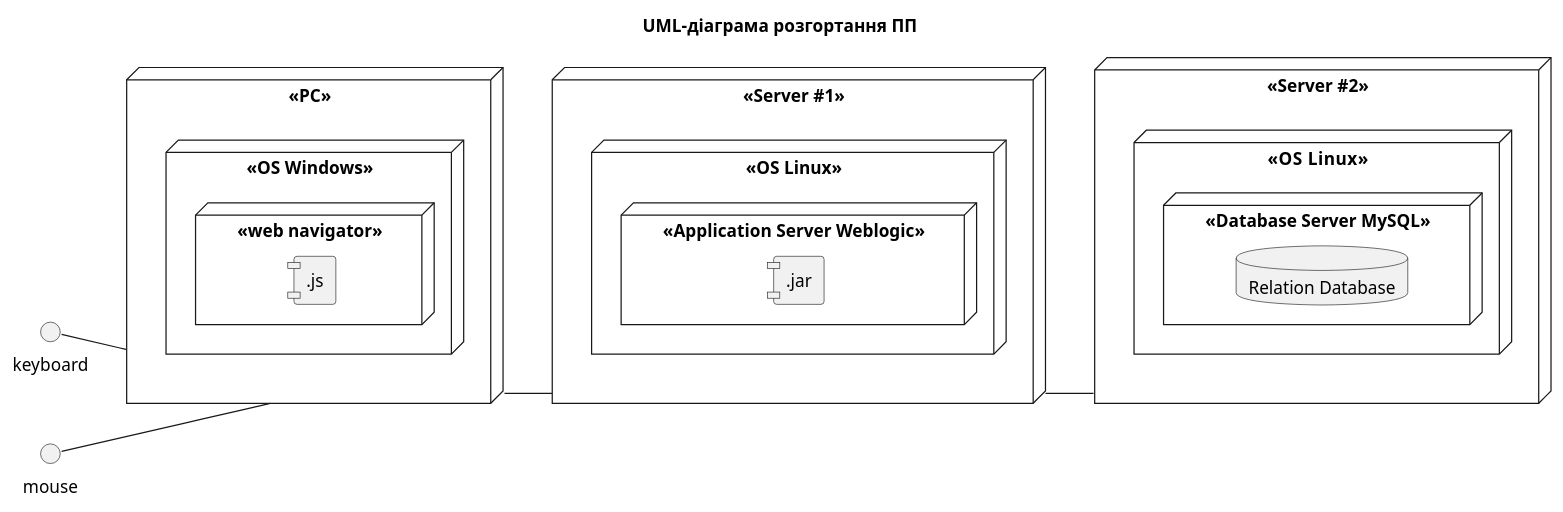
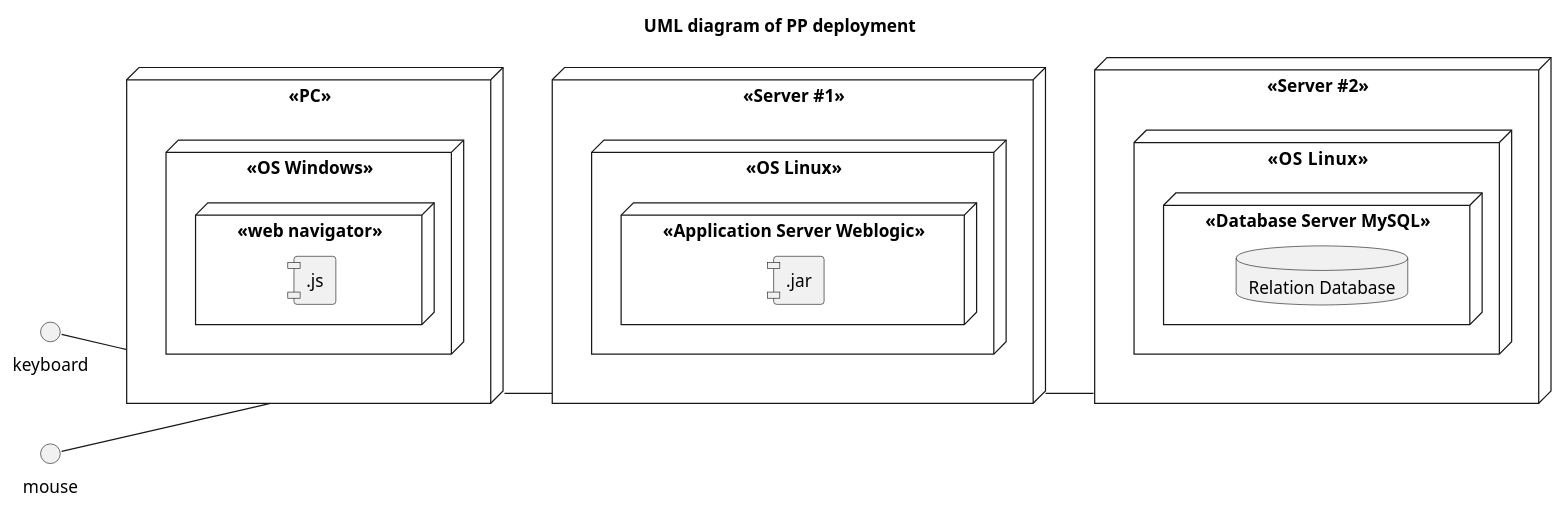
Before and after one commit to oleksandrblazhko/ai-212-zelinska: the diagram in 2-SoftwareDesign/2.7-PlantUML/UML-Deployment.puml, drawn with PlantUML.

```diff
--- a/2-SoftwareDesign/2.7-PlantUML/UML-Deployment.puml
+++ b/2-SoftwareDesign/2.7-PlantUML/UML-Deployment.puml
@@ -1,42 +1,42 @@
 @startuml
 
-title UML-діаграма розгортання ПП
+title UML diagram of PP deployment
 
 left to right direction
 
 skinparam componentStyle uml1
 
 node "<<PC>>" as pc{
 	node "<<OS Windows>>" {
 		node "<<web navigator>>" {
 			component [.js]
 		}
 	}
 }
 
 interface "keyboard"
 interface "mouse"
 
 (keyboard) -- pc
 (mouse) -- pc
 
 node "<<Server #1>>" as serv1 {
 	node "<<OS Linux>>" {
 		node "<<Application Server Weblogic>>" {
 			component [.jar]
 		}
 	}
 }
 
 pc-- serv1
 
 node "<<Server #2>>" as serv2 {
 	node "<<OS  Linux>>" {
 		node "<<Database Server MySQL>>" {
 			database "Relation Database"
 		}
 	}
 }
 
 serv1 -- serv2
 @enduml
```
